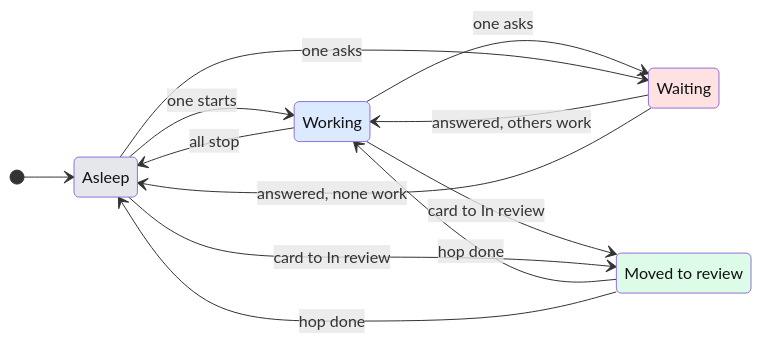
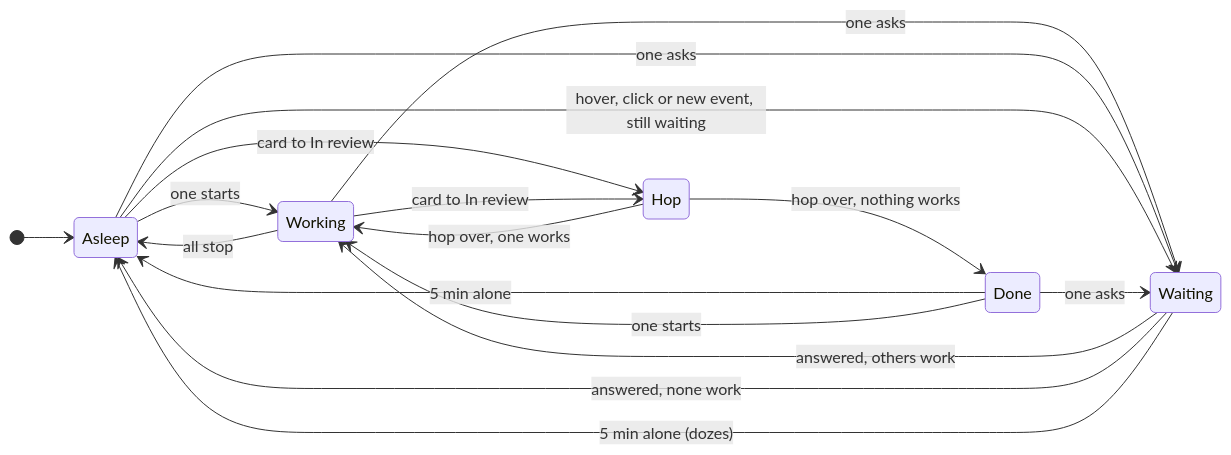
The diagram in specs/016-gecko-character/ux.md (anetrebskii/geckit), drawn with Mermaid before and after one commit. The commit also changed other lines of this file and 6 other files, not shown here.

````diff
--- a/specs/016-gecko-character/ux.md
+++ b/specs/016-gecko-character/ux.md
@@ -51,27 +62,25 @@
 ```mermaid
 stateDiagram-v2
   direction LR
   state "Asleep" as asleep
   state "Working" as working
   state "Waiting" as waiting
-  state "Moved to review" as review
+  state "Hop" as hop
+  state "Done" as done
   [*] --> asleep
   asleep --> working: one starts
   working --> asleep: all stop
   working --> waiting: one asks
   asleep --> waiting: one asks
   waiting --> working: answered, others work
   waiting --> asleep: answered, none work
-  working --> review: card to In review
-  asleep --> review: card to In review
-  review --> working: hop done
-  review --> asleep: hop done
-  classDef idle fill:#e5e7eb,color:#111
-  classDef busy fill:#dbeafe,color:#111
-  classDef hands fill:#fee2e2,color:#111
-  classDef done fill:#dcfce7,color:#111
-  class asleep idle
-  class working busy
-  class waiting hands
-  class review done
+  waiting --> asleep: 5 min alone (dozes)
+  asleep --> waiting: hover, click or new event, still waiting
+  asleep --> hop: card to In review
+  working --> hop: card to In review
+  hop --> done: hop over, nothing works
+  hop --> working: hop over, one works
+  done --> asleep: 5 min alone
+  done --> waiting: one asks
+  done --> working: one starts
 ```
````
